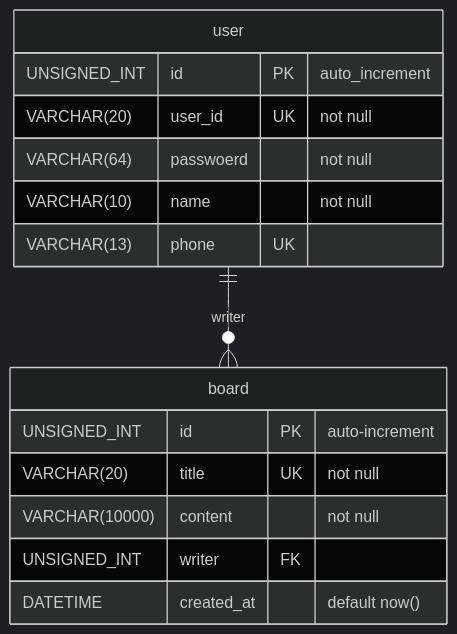
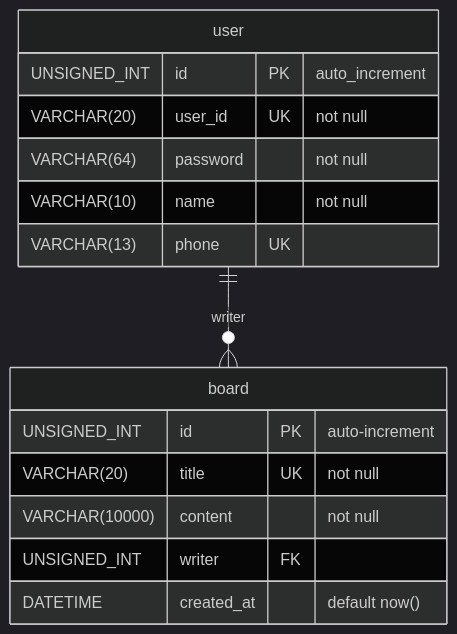
One commit to lee-dong-chan/AWS changed the first of 4 diagrams in study/study/17.DB_basic/240415.md. Above: the diagram before and after it, drawn with Mermaid (dark theme). The commit also changed other lines of this file and 89 other files, not shown here.

````diff
--- a/study/study/17.DB_basic/240415.md
+++ b/study/study/17.DB_basic/240415.md
@@ -69,18 +69,18 @@
 ```mermaid
 erDiagram
 user{
     UNSIGNED_INT id PK "auto_increment"
     VARCHAR(20) user_id UK "not null"
-    VARCHAR(64) passwoerd "not null"
+    VARCHAR(64) password "not null"
     VARCHAR(10) name "not null"
     VARCHAR(13) phone UK
 }
 board{
     UNSIGNED_INT id PK "auto-increment"
     VARCHAR(20) title UK "not null"
     VARCHAR(10000) content "not null"
     UNSIGNED_INT writer FK
     DATETIME created_at "default now()"
     }
 user ||--o{ board : writer
 ```
````
